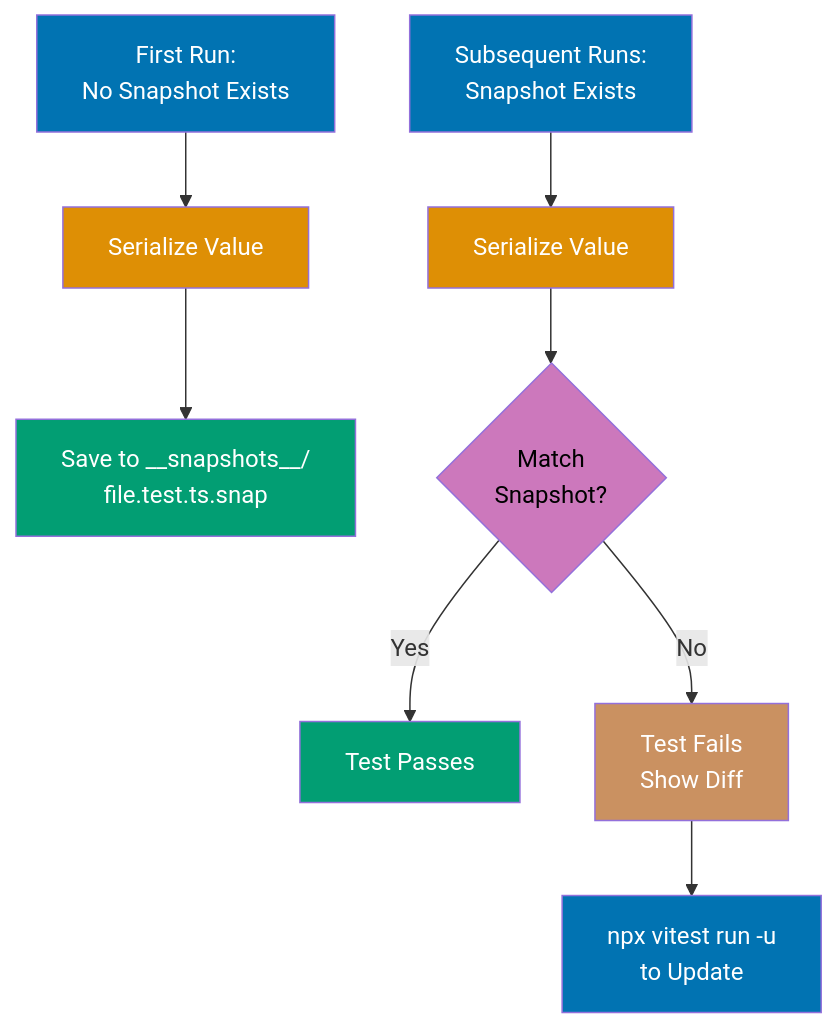
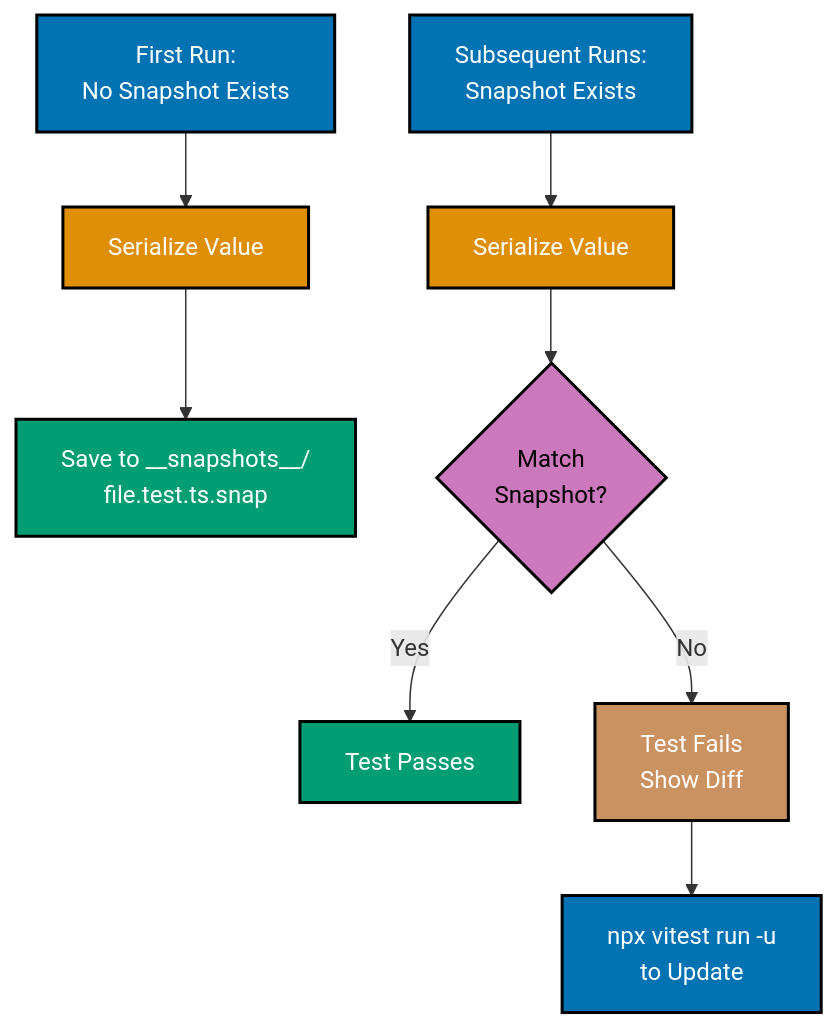
The fourth of 8 diagrams in apps/ayokoding-web/content/en/learn/software-engineering/automation-testing/tools/vitest/by-example/beginner.md (wahidyankf/open-sharia-enterprise), drawn with Mermaid before and after one commit. The commit also changed other lines of this file and 13 other files, not shown here.

````diff
--- a/apps/ayokoding-web/content/en/learn/software-engineering/automation-testing/tools/vitest/by-example/beginner.md
+++ b/apps/ayokoding-web/content/en/learn/software-engineering/automation-testing/tools/vitest/by-example/beginner.md
@@ -622,21 +622,21 @@
 ```mermaid
 %% Color Palette: Blue #0173B2, Orange #DE8F05, Teal #029E73, Purple #CC78BC, Brown #CA9161
 graph TD
     A["First Run:<br/>No Snapshot Exists"] --> B["Serialize Value"]
     B --> C["Save to __snapshots__/<br/>file.test.ts.snap"]
     D["Subsequent Runs:<br/>Snapshot Exists"] --> E["Serialize Value"]
     E --> F{"Match<br/>Snapshot?"}
     F -->|Yes| G["Test Passes"]
     F -->|No| H["Test Fails<br/>Show Diff"]
     H --> I["npx vitest run -u<br/>to Update"]
 
-    style A fill:#0173B2,color:#fff
-    style B fill:#DE8F05,color:#fff
-    style C fill:#029E73,color:#fff
-    style D fill:#0173B2,color:#fff
-    style E fill:#DE8F05,color:#fff
-    style F fill:#CC78BC,color:#000
-    style G fill:#029E73,color:#fff
-    style H fill:#CA9161,color:#fff
-    style I fill:#0173B2,color:#fff
+    style A fill:#0173B2,stroke:#000000,stroke-width:2px,color:#fff
+    style B fill:#DE8F05,stroke:#000000,stroke-width:2px,color:#fff
+    style C fill:#029E73,stroke:#000000,stroke-width:2px,color:#fff
+    style D fill:#0173B2,stroke:#000000,stroke-width:2px,color:#fff
+    style E fill:#DE8F05,stroke:#000000,stroke-width:2px,color:#fff
+    style F fill:#CC78BC,stroke:#000000,stroke-width:2px,color:#000
+    style G fill:#029E73,stroke:#000000,stroke-width:2px,color:#fff
+    style H fill:#CA9161,stroke:#000000,stroke-width:2px,color:#fff
+    style I fill:#0173B2,stroke:#000000,stroke-width:2px,color:#fff
 ```
````
